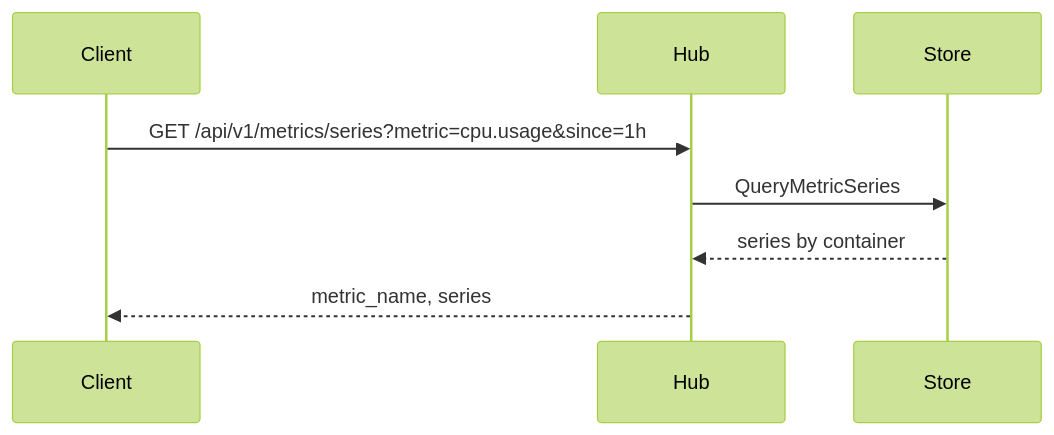
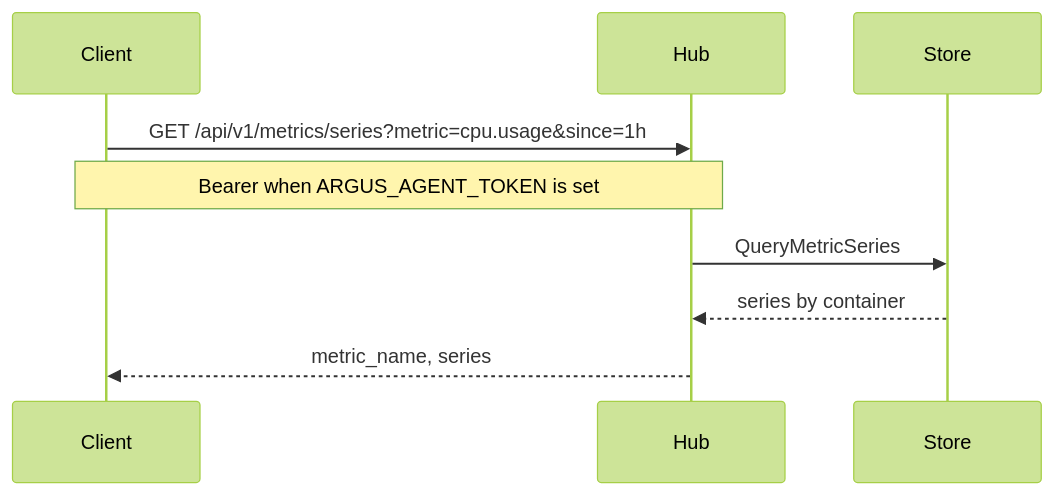
One commit to HarryRaddatz/argus-observability changed the second of 2 diagrams in docs/flows/metrics-ingestion.md. Above: the diagram before and after it, drawn with Mermaid (forest theme). The commit also changed other lines of this file and 71 other files, not shown here.

````diff
--- a/docs/flows/metrics-ingestion.md
+++ b/docs/flows/metrics-ingestion.md
@@ -44,11 +54,12 @@
 ```mermaid
 sequenceDiagram
   participant Client
   participant Hub
   participant Store
 
   Client->>Hub: GET /api/v1/metrics/series?metric=cpu.usage&since=1h
+  Note over Client,Hub: Bearer when ARGUS_AGENT_TOKEN is set
   Hub->>Store: QueryMetricSeries
   Store-->>Hub: series by container
   Hub-->>Client: metric_name, series
 ```
````
